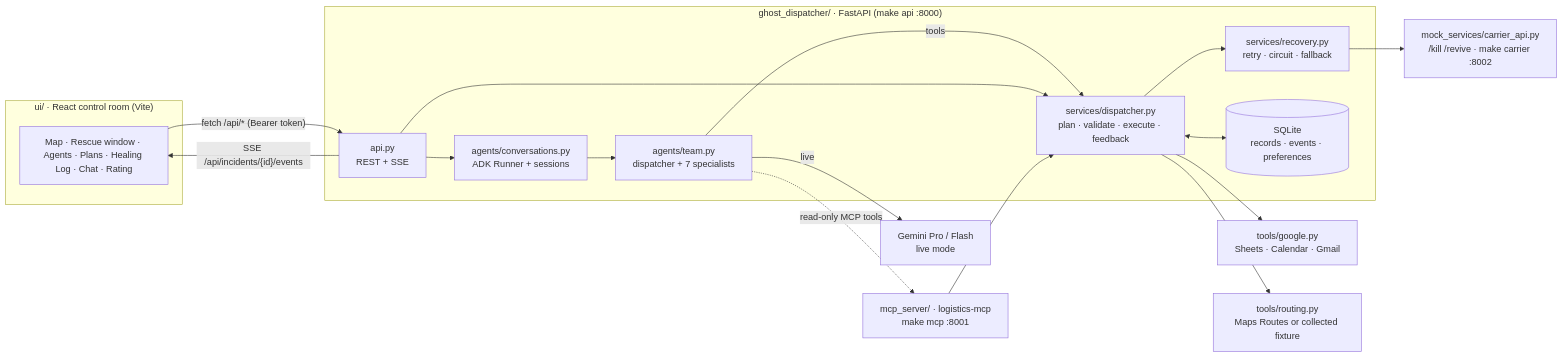
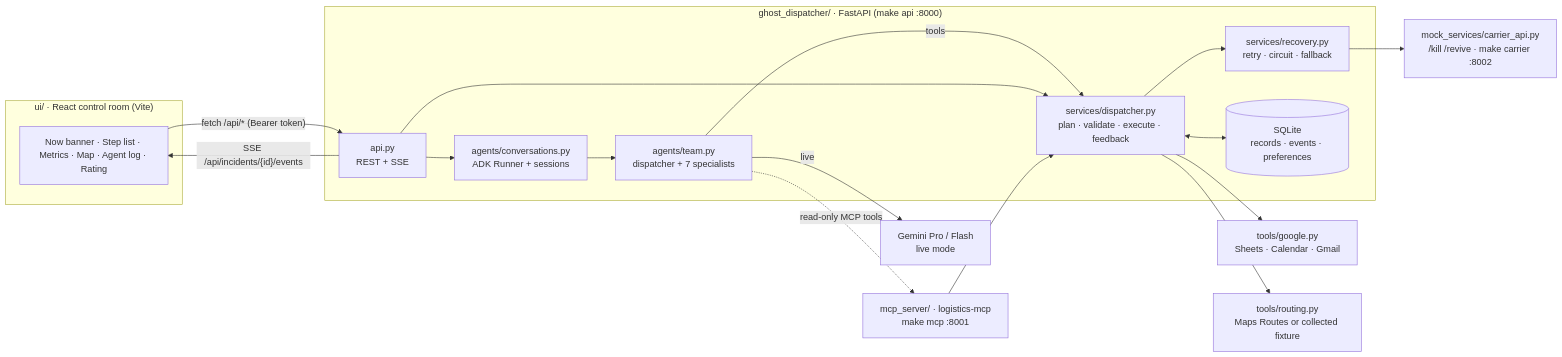
Before and after one commit to HideshBalaji/gdg-agentwars: the first of 2 diagrams in README.md, drawn with Mermaid. The commit also changed other lines of this file and 25 other files, not shown here.

````diff
--- a/README.md
+++ b/README.md
@@ -129,32 +142,32 @@
 ```mermaid
 flowchart LR
   subgraph Browser["ui/ · React control room (Vite)"]
-    UI[Map · Rescue window · Agents · Plans · Healing Log · Chat · Rating]
+    UI[Now banner · Step list · Metrics · Map · Agent log · Rating]
   end
   subgraph Backend["ghost_dispatcher/ · FastAPI (make api :8000)"]
     API[api.py<br/>REST + SSE]
     CONV[agents/conversations.py<br/>ADK Runner + sessions]
     TEAM[agents/team.py<br/>dispatcher + 7 specialists]
     SVC[services/dispatcher.py<br/>plan · validate · execute · feedback]
     REC[services/recovery.py<br/>retry · circuit · fallback]
     STORE[(SQLite<br/>records · events · preferences)]
   end
   MCP[mcp_server/ · logistics-mcp<br/>make mcp :8001]
   CAR[mock_services/carrier_api.py<br/>/kill /revive · make carrier :8002]
   G[tools/google.py<br/>Sheets · Calendar · Gmail]
   R[tools/routing.py<br/>Maps Routes or collected fixture]
   GEM[Gemini Pro / Flash<br/>live mode]
 
   UI -- "fetch /api/*  (Bearer token)" --> API
   API -- "SSE /api/incidents/{id}/events" --> UI
   API --> CONV --> TEAM
   TEAM -- live --> GEM
   TEAM -- tools --> SVC
   TEAM -. read-only MCP tools .-> MCP
   API --> SVC
   SVC --> REC --> CAR
   SVC --> R
   SVC --> G
   SVC <--> STORE
   MCP --> SVC
 ```
````
